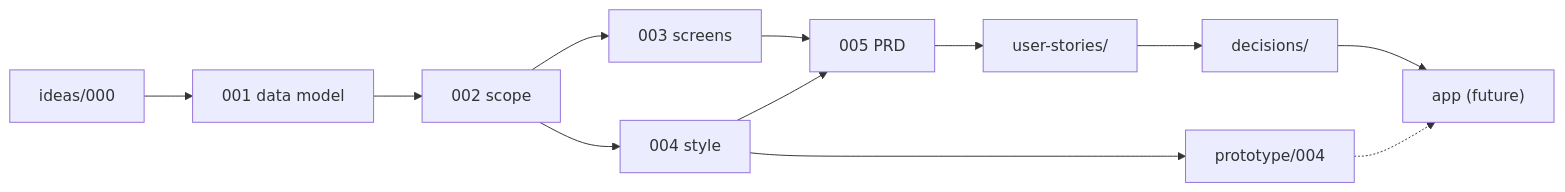
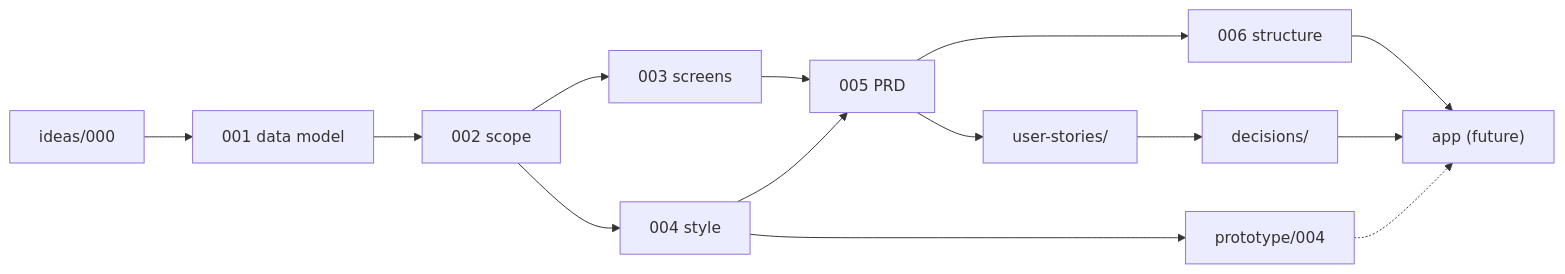
Before and after one commit to renancardo/cashflow: the diagram in docs/README.md, drawn with Mermaid. The commit also changed other lines of this file and 7 other files, not shown here.

Commit message:
Add project structure documentation for Cashflow app. Introduced `006-project-structure.md` detailing monorepo layout, package boundaries, and runtime flows. Updated related documents to reference the new structure, enhancing clarity on project organization and user flows.

````diff
--- a/docs/README.md
+++ b/docs/README.md
@@ -68,21 +69,24 @@
 ```mermaid
 flowchart LR
   Ideas["ideas/000"]
   DM["001 data model"]
   Scope["002 scope"]
   Screens["003 screens"]
   Style["004 style"]
   PRD["005 PRD"]
+  Structure["006 structure"]
   Stories["user-stories/"]
   Proto["prototype/004"]
   App["app (future)"]
 
   Ideas --> DM --> Scope --> Screens
   Scope --> Style --> Proto
   Screens --> PRD
   Style --> PRD
+  PRD --> Structure
   PRD --> Stories
   Stories --> ADR["decisions/"]
+  Structure --> App
   ADR --> App
   Proto -.-> App
 ```
````
